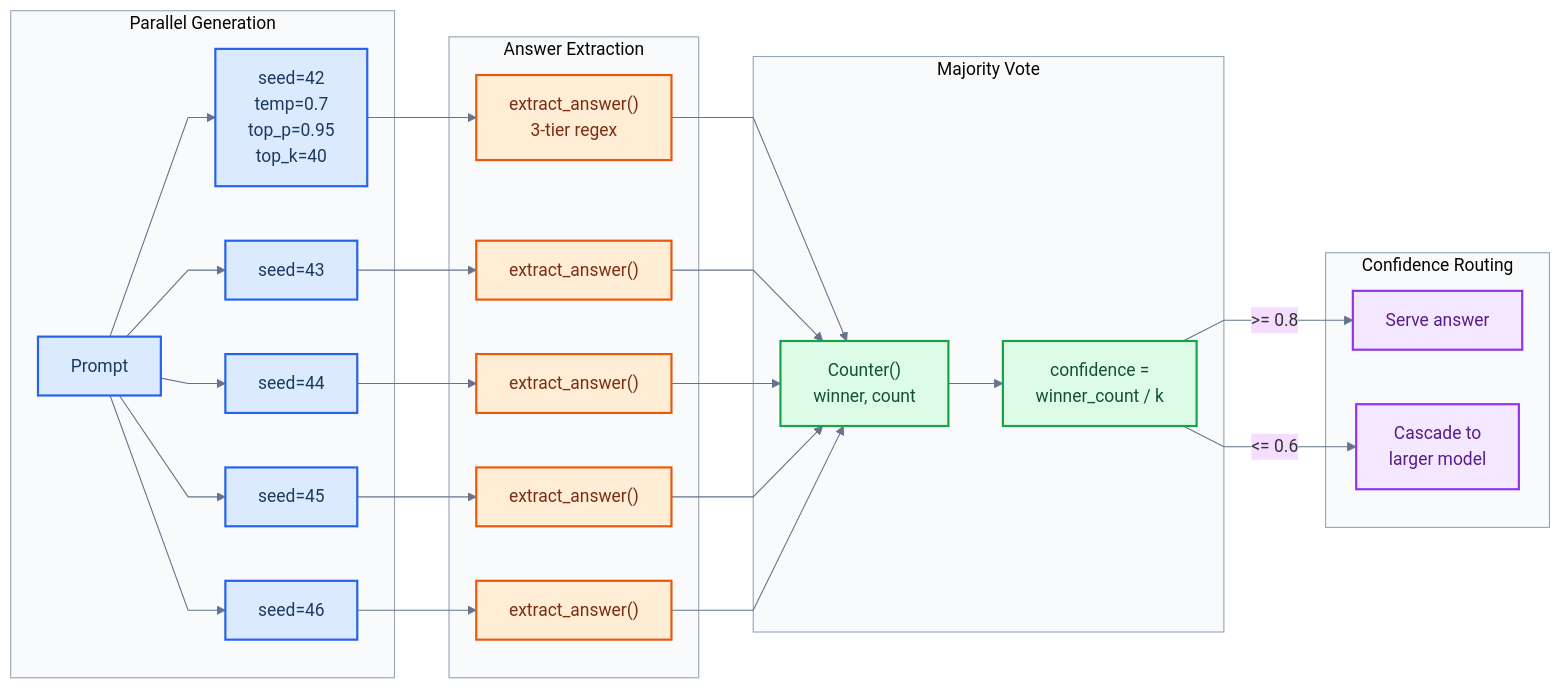
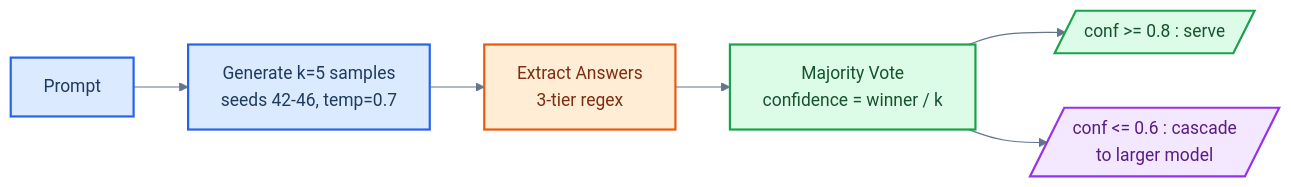
Before and after one commit to jameswniu/self-hosted-llm-evals-lab: the third of 4 diagrams in README.md, drawn with Mermaid. The commit also changed other lines of this file, not shown here.

First line of the commit message:
polish Mermaid diagrams for readability

````diff
--- a/README.md
+++ b/README.md
@@ -158,38 +131,19 @@
 ```mermaid
-%%{init: {'theme':'base', 'themeVariables': {'lineColor': '#64748b', 'clusterBkg': '#f8fafc', 'clusterBorder': '#94a3b8'}, 'flowchart': {'curve': 'linear'}}}%%
+%%{init: {'theme': 'base', 'themeVariables': {'lineColor': '#64748b', 'clusterBkg': '#f8fafc', 'clusterBorder': '#e2e8f0'}}}%%
 flowchart LR
-    classDef gen fill:#dbeafe,stroke:#2563eb,color:#1e3a5f,stroke-width:2px
-    classDef ext fill:#ffedd5,stroke:#ea580c,color:#7c2d12,stroke-width:2px
-    classDef vote fill:#dcfce7,stroke:#16a34a,color:#14532d,stroke-width:2px
-    classDef route fill:#f3e8ff,stroke:#9333ea,color:#581c87,stroke-width:2px
+    classDef blue fill:#dbeafe,stroke:#2563eb,color:#1e3a5f,stroke-width:2px
+    classDef orange fill:#ffedd5,stroke:#ea580c,color:#7c2d12,stroke-width:2px
+    classDef green fill:#dcfce7,stroke:#16a34a,color:#14532d,stroke-width:2px
+    classDef purple fill:#f3e8ff,stroke:#9333ea,color:#581c87,stroke-width:2px
 
-    subgraph Generate["Parallel Generation"]
-        P["Prompt"]:::gen --> G1["seed=42<br/>temp=0.7<br/>top_p=0.95<br/>top_k=40"]:::gen
-        P --> G2["seed=43"]:::gen
-        P --> G3["seed=44"]:::gen
-        P --> G4["seed=45"]:::gen
-        P --> G5["seed=46"]:::gen
-    end
+    P["Prompt"]:::blue
+    GEN["Generate k=5 samples<br/>seeds 42-46, temp=0.7"]:::blue
+    EXT["Extract Answers<br/>3-tier regex"]:::orange
+    VOTE["Majority Vote<br/>confidence = winner / k"]:::green
+    HIGH[/"conf >= 0.8 : serve"/]:::green
+    LOW[/"conf <= 0.6 : cascade<br/>to larger model"/]:::purple
 
-    subgraph Extract["Answer Extraction"]
-        G1 --> E1["extract_answer()<br/>3-tier regex"]:::ext
-        G2 --> E2["extract_answer()"]:::ext
-        G3 --> E3["extract_answer()"]:::ext
-        G4 --> E4["extract_answer()"]:::ext
-        G5 --> E5["extract_answer()"]:::ext
-    end
-
-    subgraph Vote["Majority Vote"]
-        E1 --> C["Counter()<br/>winner, count"]:::vote
-        E2 --> C
-        E3 --> C
-        E4 --> C
-        E5 --> C
-        C --> CONF["confidence =<br/>winner_count / k"]:::vote
-    end
-
-    subgraph Route["Confidence Routing"]
-        CONF -->|">= 0.8"| SERVE["Serve answer"]:::route
-        CONF -->|"<= 0.6"| CASCADE["Cascade to<br/>larger model"]:::route
-    end
+    P --> GEN --> EXT --> VOTE
+    VOTE --> HIGH
+    VOTE --> LOW
 ```
````
